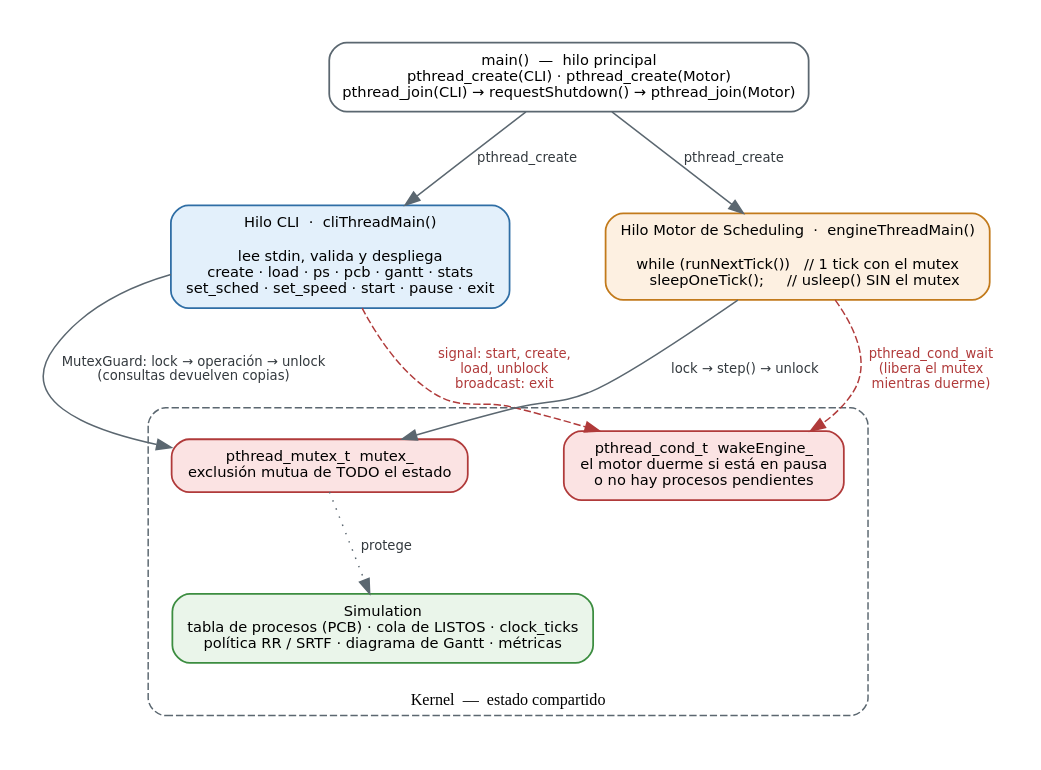
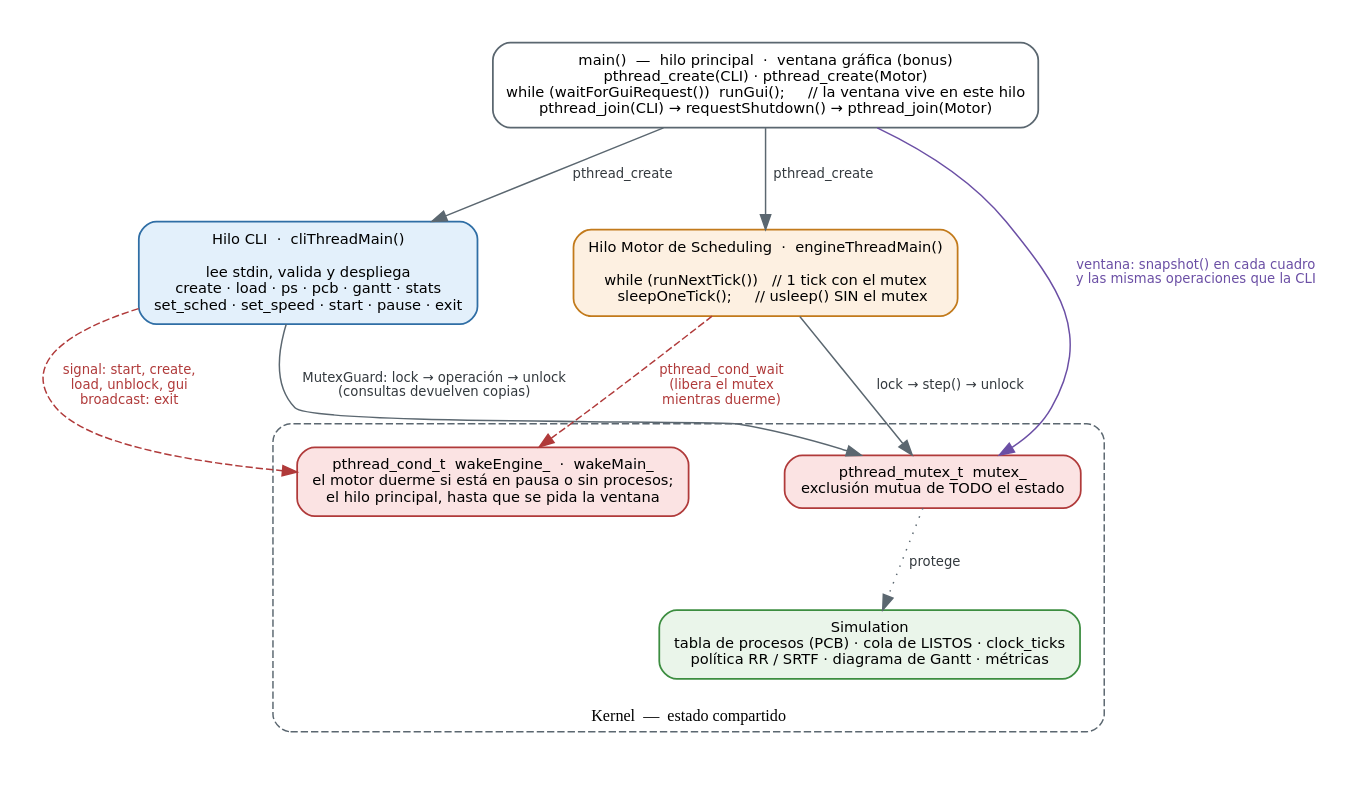
The diagram in docs/diagramas/hilos_sincronizacion.dot (RobxrtoF/simulador-kernel-so), drawn with Graphviz before and after one commit. The commit also changed 5 other files, not shown here.

First line of the commit message:
docs(informe): ventana gráfica, hilo principal y reloj monótono

```diff
--- a/docs/diagramas/hilos_sincronizacion.dot
+++ b/docs/diagramas/hilos_sincronizacion.dot
@@ -1,31 +1,32 @@
 // Diagrama de hilos y sincronización. Regenerar con: docs/generar_documentos.sh
 digraph hilos {
   graph [rankdir=TB, fontname="DejaVu Sans", fontsize=11, nodesep=0.9, ranksep=0.75, bgcolor="white", pad=0.3, newrank=true];
   node  [fontname="DejaVu Sans", fontsize=10, shape=box, style="rounded,filled", fillcolor="#F4F6F8", color="#5B6770", penwidth=1.2, margin="0.18,0.1"];
   edge  [fontname="DejaVu Sans", fontsize=9, color="#5B6770", fontcolor="#33393E"];
 
-  main [label="main()  —  hilo principal\npthread_create(CLI) · pthread_create(Motor)\npthread_join(CLI) → requestShutdown() → pthread_join(Motor)", fillcolor="#FFFFFF"];
+  main [label="main()  —  hilo principal  ·  ventana gráfica (bonus)\npthread_create(CLI) · pthread_create(Motor)\nwhile (waitForGuiRequest())  runGui();     // la ventana vive en este hilo\npthread_join(CLI) → requestShutdown() → pthread_join(Motor)", fillcolor="#FFFFFF"];
 
   cli [label="Hilo CLI  ·  cliThreadMain()\n\nlee stdin, valida y despliega\ncreate · load · ps · pcb · gantt · stats\nset_sched · set_speed · start · pause · exit", fillcolor="#E3F0FB", color="#2F6EA5"];
   eng [label="Hilo Motor de Scheduling  ·  engineThreadMain()\n\nwhile (runNextTick())   // 1 tick con el mutex\n    sleepOneTick();     // usleep() SIN el mutex", fillcolor="#FDF0E1", color="#C27A1B"];
 
   subgraph cluster_kernel {
     label="Kernel  —  estado compartido"; fontname="DejaVu Sans Bold"; fontsize=11;
     style="rounded,dashed"; color="#5B6770"; margin=16; labelloc="b";
     mutex [label="pthread_mutex_t  mutex_\nexclusión mutua de TODO el estado", fillcolor="#FBE3E3", color="#B03A3A"];
-    cond  [label="pthread_cond_t  wakeEngine_\nel motor duerme si está en pausa\no no hay procesos pendientes", fillcolor="#FBE3E3", color="#B03A3A"];
+    cond  [label="pthread_cond_t  wakeEngine_  ·  wakeMain_\nel motor duerme si está en pausa o sin procesos;\nel hilo principal, hasta que se pida la ventana", fillcolor="#FBE3E3", color="#B03A3A"];
     sim   [label="Simulation\ntabla de procesos (PCB) · cola de LISTOS · clock_ticks\npolítica RR / SRTF · diagrama de Gantt · métricas", fillcolor="#EAF5EA", color="#3C8D40"];
   }
 
   main -> cli [label="  pthread_create"];
   main -> eng [label="  pthread_create"];
 
   cli -> mutex [label="  MutexGuard: lock → operación → unlock\n  (consultas devuelven copias)"];
   eng -> mutex [label="  lock → step() → unlock"];
-  cli -> cond  [label="  signal: start, create,\n  load, unblock\n  broadcast: exit", style=dashed, color="#B03A3A", fontcolor="#B03A3A"];
+  cli -> cond  [label="  signal: start, create,\n  load, unblock, gui\n  broadcast: exit", style=dashed, color="#B03A3A", fontcolor="#B03A3A"];
   eng -> cond  [label="  pthread_cond_wait\n  (libera el mutex\n  mientras duerme)", style=dashed, color="#B03A3A", fontcolor="#B03A3A", dir=both, arrowtail=none];
   mutex -> sim [label="  protege", style=dotted];
+  main -> mutex [label="  ventana: snapshot() en cada cuadro\n  y las mismas operaciones que la CLI", color="#6B4FA5", fontcolor="#6B4FA5"];
 
   {rank=same; cli; eng}
   {rank=same; mutex; cond}
 }
```
